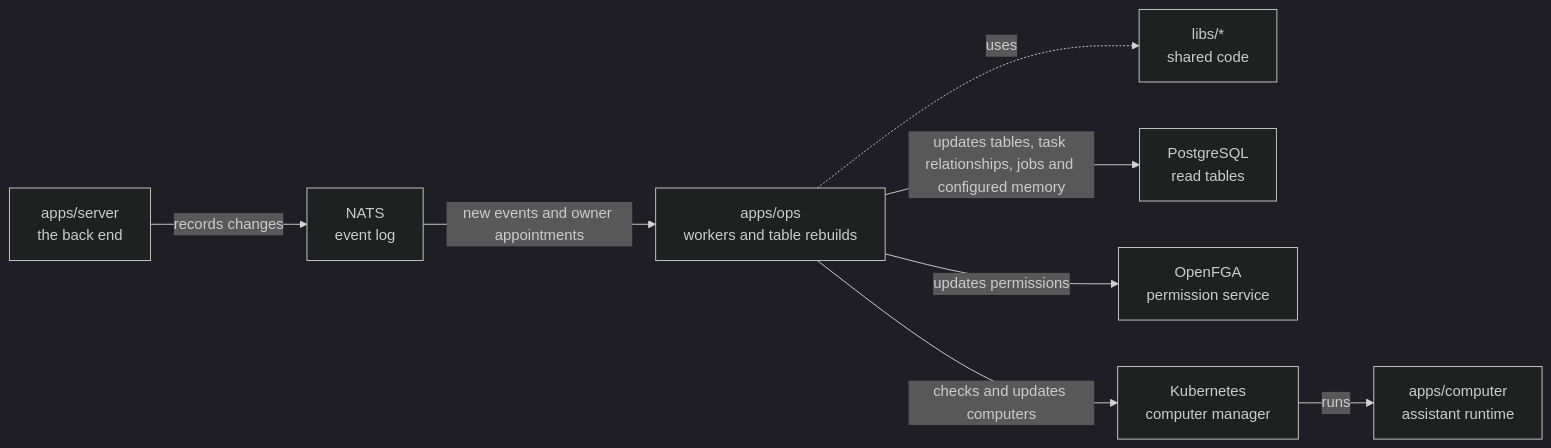
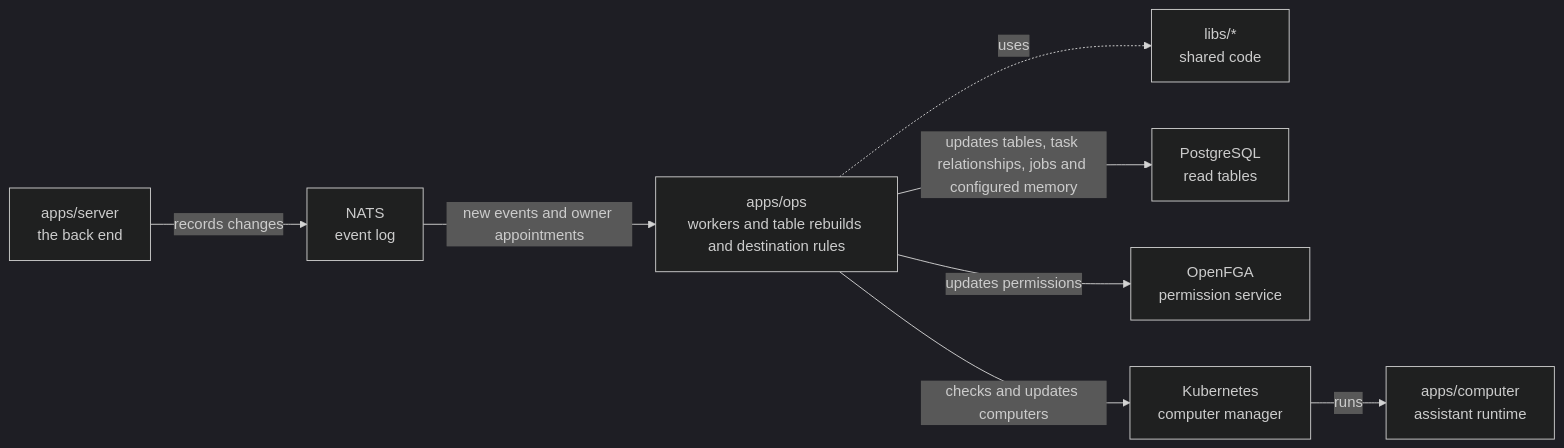
The diagram in apps/ops/README.md (elewa-git/opencrane-new), drawn with Mermaid (dark theme) before and after one commit. The commit also changed other lines of this file and 22 other files, not shown here.

````diff
--- a/apps/ops/README.md
+++ b/apps/ops/README.md
@@ -11,10 +11,10 @@
 ```mermaid
 flowchart LR
   server["apps/server<br/>the back end"] -->|records changes| nats["NATS<br/>event log"]
-  nats -->|new events and owner appointments| ops["apps/ops<br/>workers and table rebuilds"]
+  nats -->|new events and owner appointments| ops["apps/ops<br/>workers and table rebuilds and destination rules"]
   ops -.->|uses| libs["libs/*<br/>shared code"]
   ops -->|updates tables, task relationships, jobs and configured memory| postgres["PostgreSQL<br/>read tables"]
   ops -->|updates permissions| fga["OpenFGA<br/>permission service"]
   ops -->|checks and updates computers| kube["Kubernetes<br/>computer manager"]
   kube -->|runs| computer["apps/computer<br/>assistant runtime"]
 ```
````
